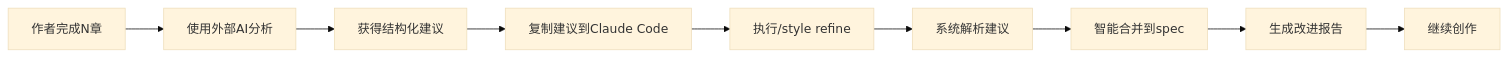
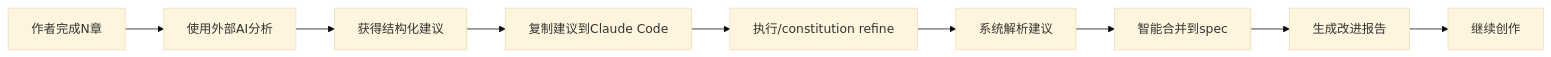
One commit to wordflowlab/novel-writer changed the diagram in docs/PRD-external-suggestion-integration.md. Above: the diagram before and after it, drawn with Mermaid (base theme). The commit also changed other lines of this file and 135 other files, not shown here.

````diff
--- a/docs/PRD-external-suggestion-integration.md
+++ b/docs/PRD-external-suggestion-integration.md
@@ -29,11 +29,11 @@
 ```mermaid
 graph LR
     A[作者完成N章] --> B[使用外部AI分析]
     B --> C[获得结构化建议]
     C --> D[复制建议到Claude Code]
-    D --> E[执行/style refine]
+    D --> E[执行/constitution refine]
     E --> F[系统解析建议]
     F --> G[智能合并到spec]
     G --> H[生成改进报告]
     H --> I[继续创作]
 ```
````
